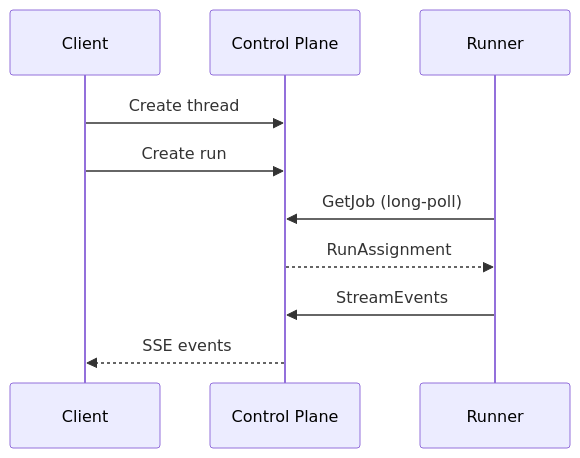
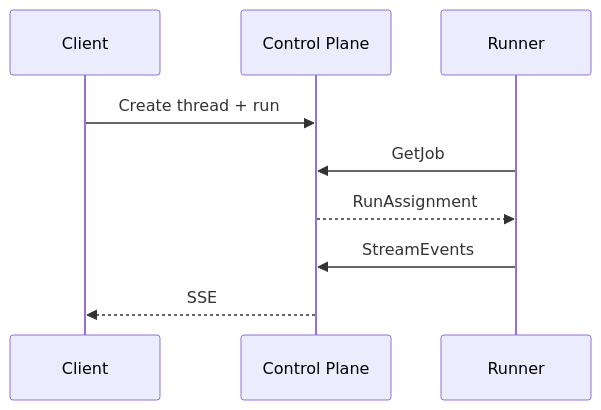
The second of 2 diagrams in README.md (getrunkite/runkite), drawn with Mermaid before and after one commit. The commit also changed other lines of this file, not shown here.

````diff
--- a/README.md
+++ b/README.md
@@ -34,12 +44,11 @@
 ```mermaid
 sequenceDiagram
   participant C as Client
   participant CP as Control Plane
   participant R as Runner
-  C->>CP: Create thread
-  C->>CP: Create run
-  R->>CP: GetJob (long-poll)
+  C->>CP: Create thread + run
+  R->>CP: GetJob
   CP-->>R: RunAssignment
   R->>CP: StreamEvents
-  CP-->>C: SSE events
+  CP-->>C: SSE
 ```
````
